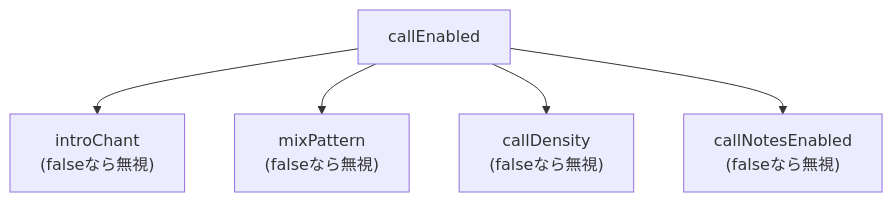
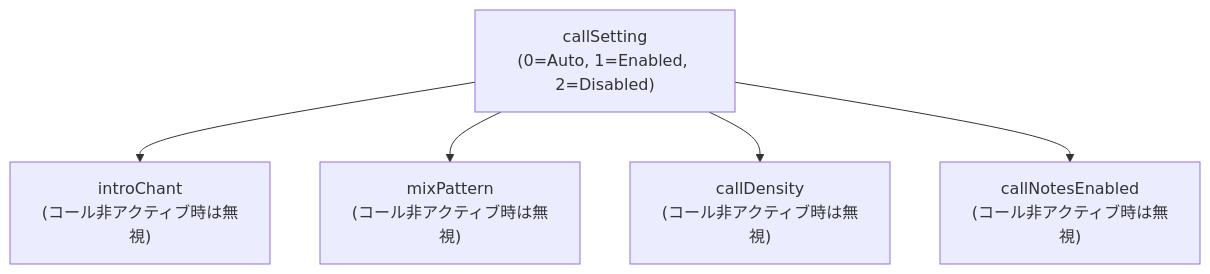
One commit to libraz/midi-sketch-homepage changed the first of 13 diagrams in src/ja/docs/option-relationships.md. Above: the diagram before and after it, drawn with Mermaid. The commit also changed other lines of this file and 91 other files, not shown here.

````diff
--- a/src/ja/docs/option-relationships.md
+++ b/src/ja/docs/option-relationships.md
@@ -24,7 +24,7 @@
 ```mermaid
 graph TD
-    callEnabled --> introChant["introChant<br/>(falseなら無視)"]
-    callEnabled --> mixPattern["mixPattern<br/>(falseなら無視)"]
-    callEnabled --> callDensity["callDensity<br/>(falseなら無視)"]
-    callEnabled --> callNotesEnabled["callNotesEnabled<br/>(falseなら無視)"]
+    callSetting["callSetting<br/>(0=Auto, 1=Enabled, 2=Disabled)"] --> introChant["introChant<br/>(コール非アクティブ時は無視)"]
+    callSetting --> mixPattern["mixPattern<br/>(コール非アクティブ時は無視)"]
+    callSetting --> callDensity["callDensity<br/>(コール非アクティブ時は無視)"]
+    callSetting --> callNotesEnabled["callNotesEnabled<br/>(コール非アクティブ時は無視)"]
 ```
````
